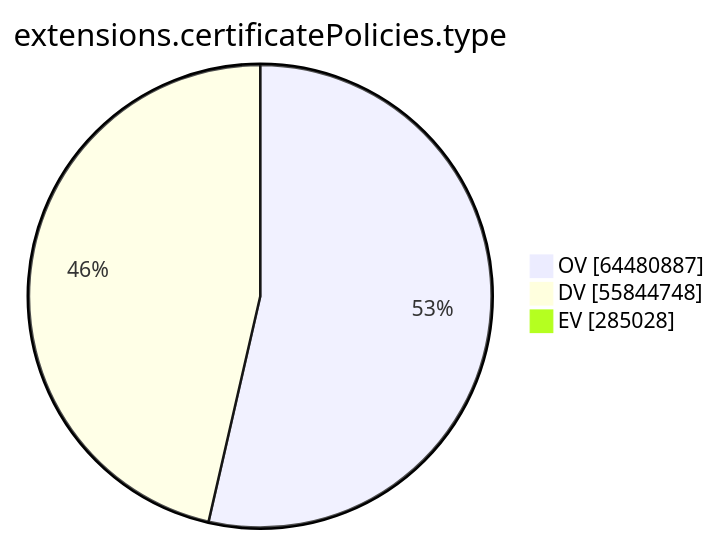
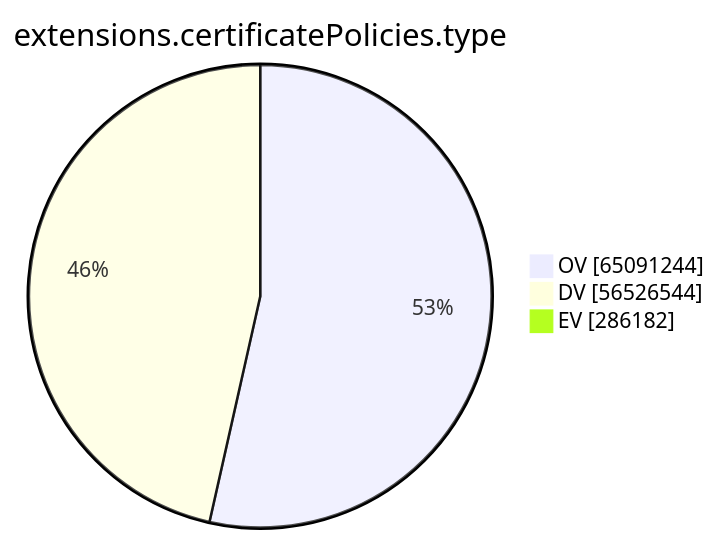
Before and after one commit to christiankrug/ctmonitor_visualization: the ninth of 15 diagrams in xenon2023/README.md, drawn with Mermaid. The commit also changed other lines of this file, not shown here.

````diff
--- a/xenon2023/README.md
+++ b/xenon2023/README.md
@@ -2159,7 +2162,7 @@
 ```mermaid
 pie showData
 title extensions.certificatePolicies.type
-"OV" :64480887
-"DV" :55844748
-"EV" :285028
+"OV" :65091244
+"DV" :56526544
+"EV" :286182
 ```
````
